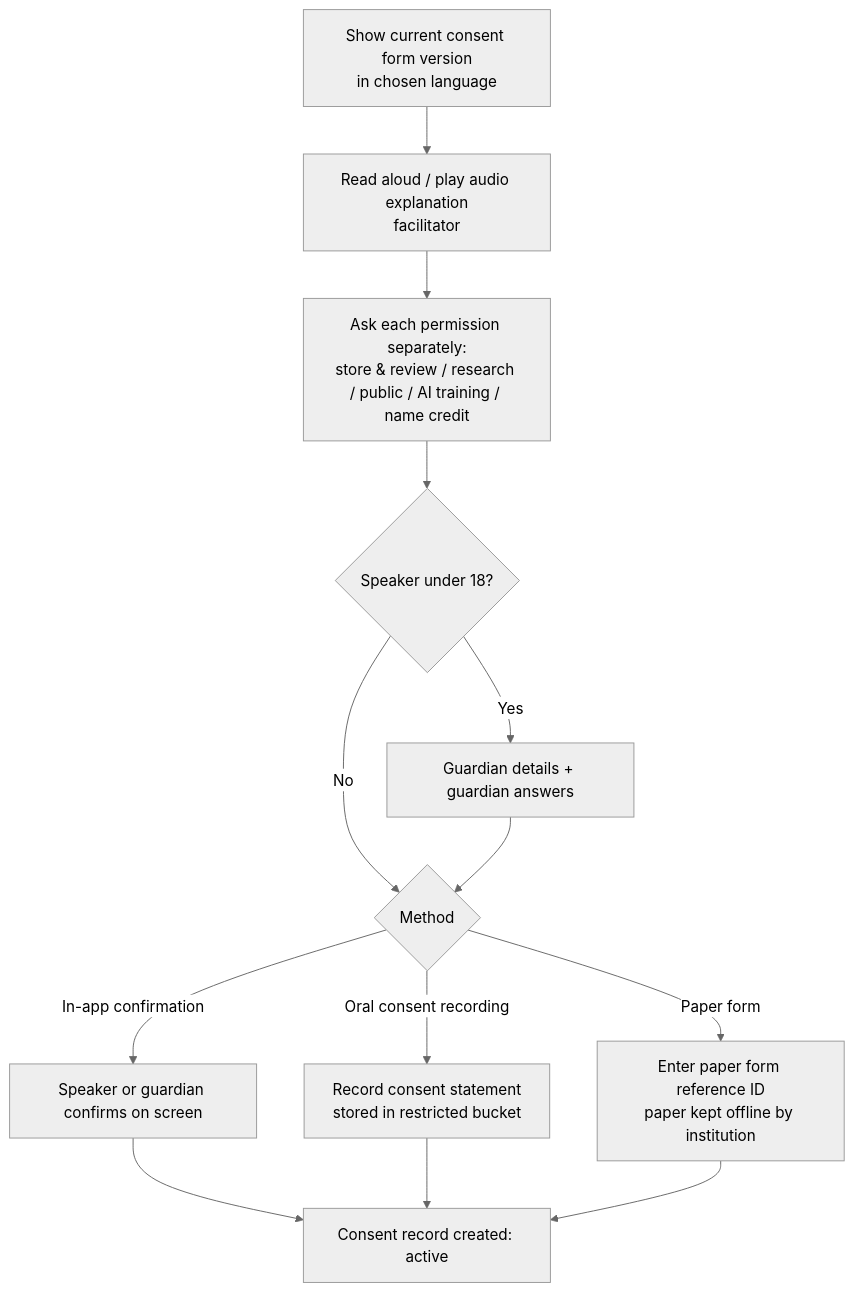
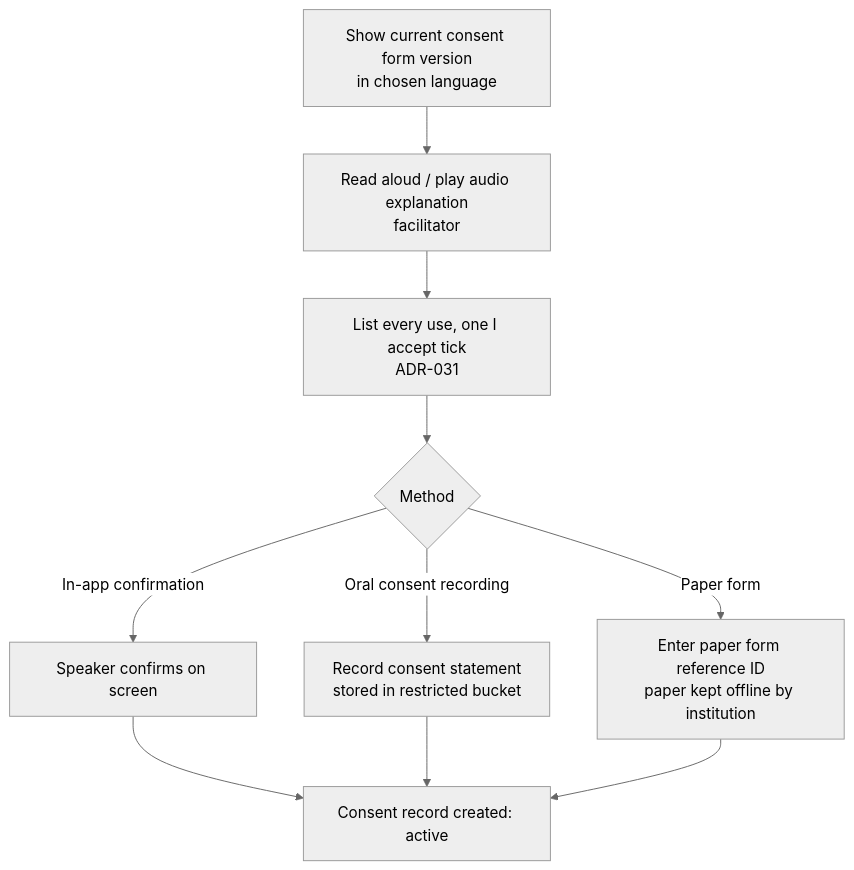
The third of 6 diagrams in docs/USER_FLOWS.md (AyushSoni3398/lokdhara), drawn with Mermaid (neutral theme) before and after one commit. The commit also changed other lines of this file and 2 other files, not shown here.

````diff
--- a/docs/USER_FLOWS.md
+++ b/docs/USER_FLOWS.md
@@ -59,15 +64,12 @@
 ```mermaid
 flowchart TD
     A[Show current consent form version<br/>in chosen language] --> B[Read aloud / play audio explanation<br/>facilitator]
-    B --> C[Ask each permission separately:<br/>store & review / research / public / AI training / name credit]
-    C --> D{Speaker under 18?}
-    D -->|Yes| E[Guardian details + guardian answers]
-    D -->|No| F
-    E --> F{Method}
-    F -->|In-app confirmation| G[Speaker or guardian confirms on screen]
+    B --> C[List every use, one I accept tick<br/>ADR-031]
+    C --> F{Method}
+    F -->|In-app confirmation| G[Speaker confirms on screen]
     F -->|Oral consent recording| H[Record consent statement<br/>stored in restricted bucket]
     F -->|Paper form| I[Enter paper form reference ID<br/>paper kept offline by institution]
     G --> J[Consent record created: active]
     H --> J
     I --> J
 ```
````
